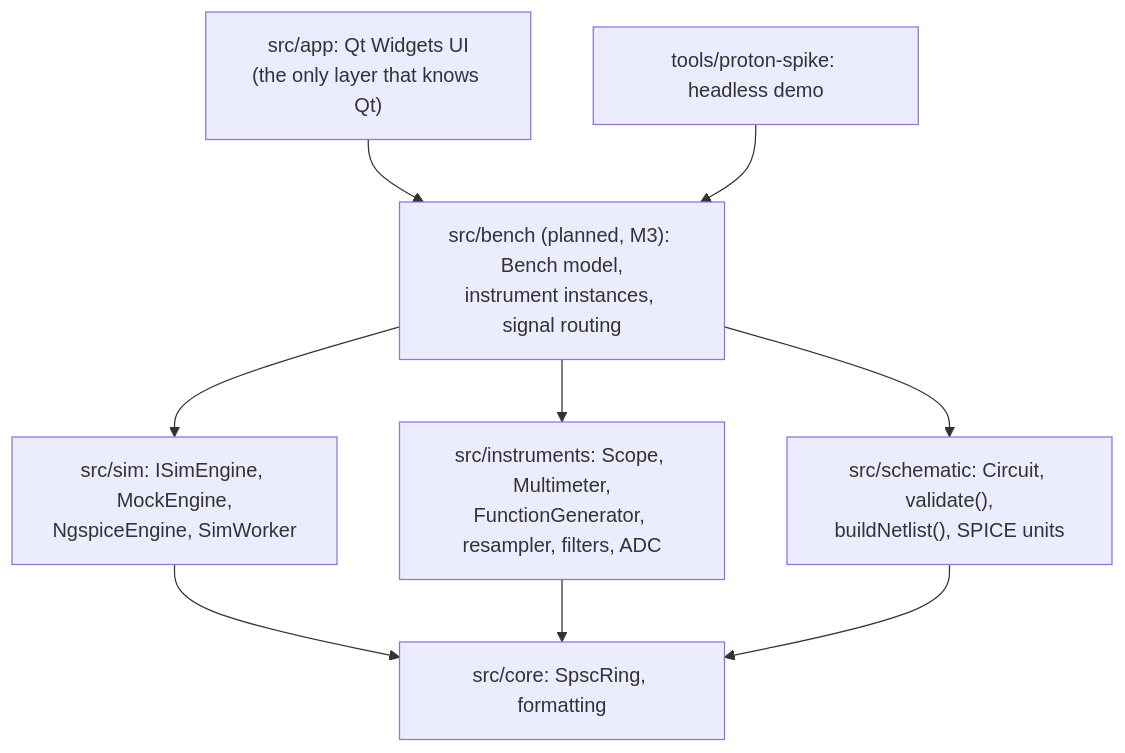
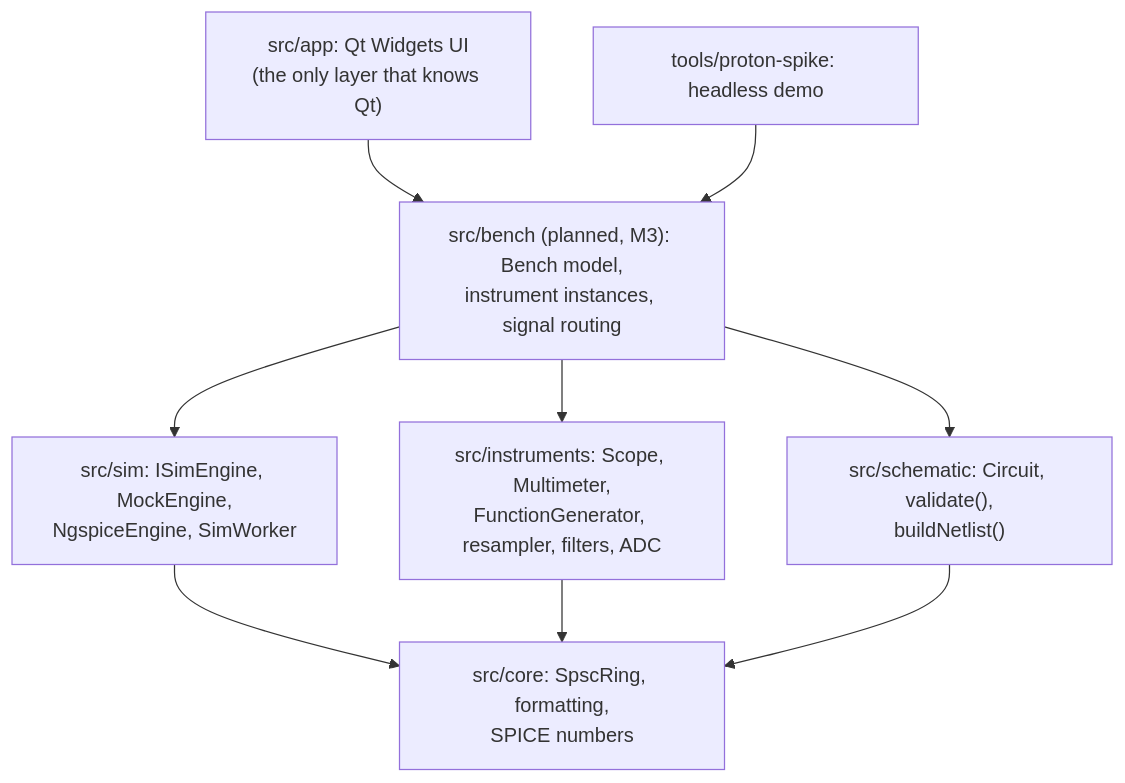
Before and after one commit to sergiorf/proton: the first of 3 diagrams in docs/ARCHITECTURE.md, drawn with Mermaid. The commit also changed other lines of this file and 26 other files, not shown here.

````diff
--- a/docs/ARCHITECTURE.md
+++ b/docs/ARCHITECTURE.md
@@ -30,16 +30,16 @@
 ```mermaid
 flowchart TB
   app["src/app: Qt Widgets UI<br/>(the only layer that knows Qt)"]
   bench["src/bench (planned, M3): Bench model,<br/>instrument instances, signal routing"]
   tools["tools/proton-spike: headless demo"]
   sim["src/sim: ISimEngine, MockEngine,<br/>NgspiceEngine, SimWorker"]
   ins["src/instruments: Scope, Multimeter,<br/>FunctionGenerator, resampler, filters, ADC"]
-  sch["src/schematic: Circuit, validate(),<br/>buildNetlist(), SPICE units"]
-  core["src/core: SpscRing, formatting"]
+  sch["src/schematic: Circuit, validate(),<br/>buildNetlist()"]
+  core["src/core: SpscRing, formatting,<br/>SPICE numbers"]
   app --> bench
   tools --> bench
   bench --> sim & ins & sch
   sim --> core
   ins --> core
   sch --> core
 ```
````
